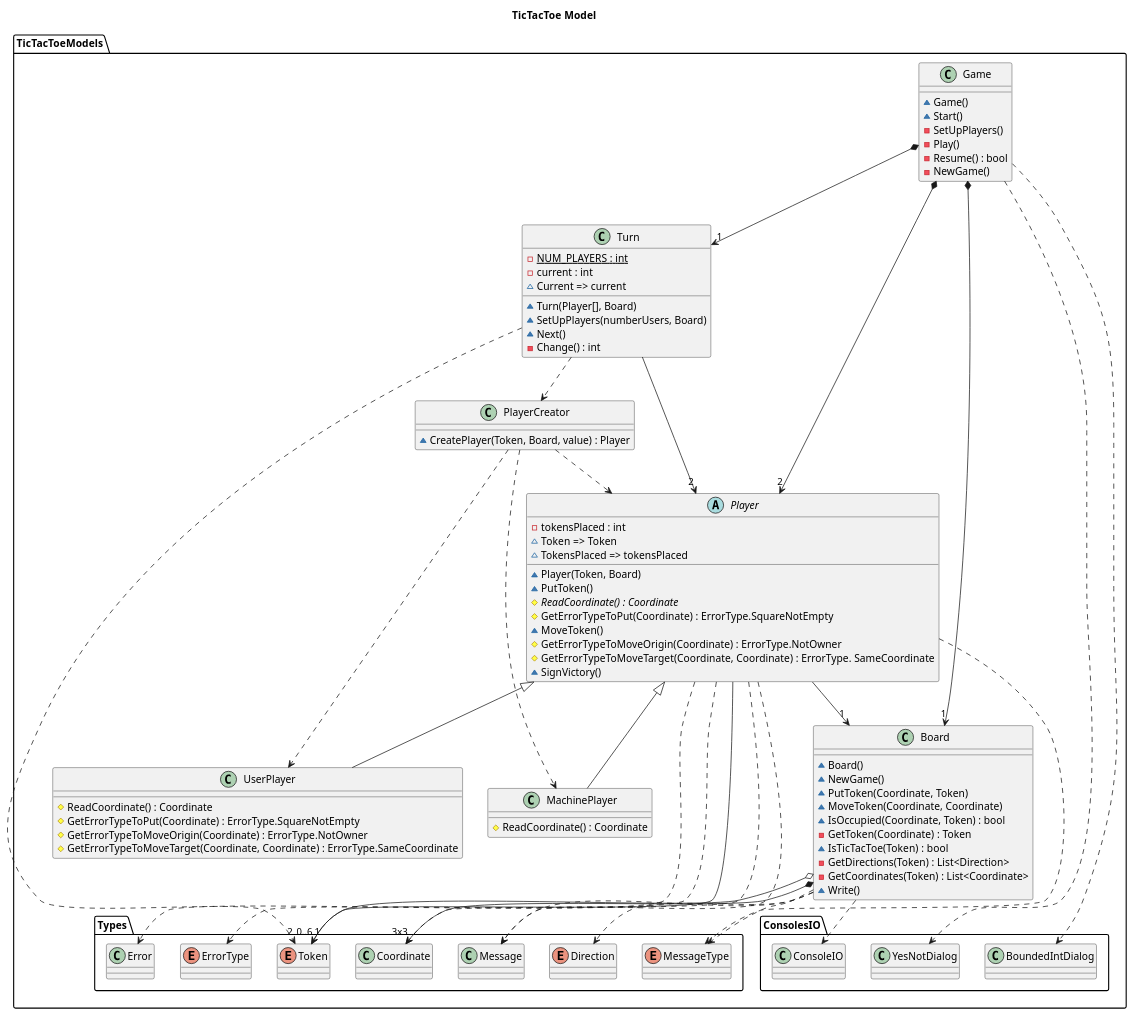
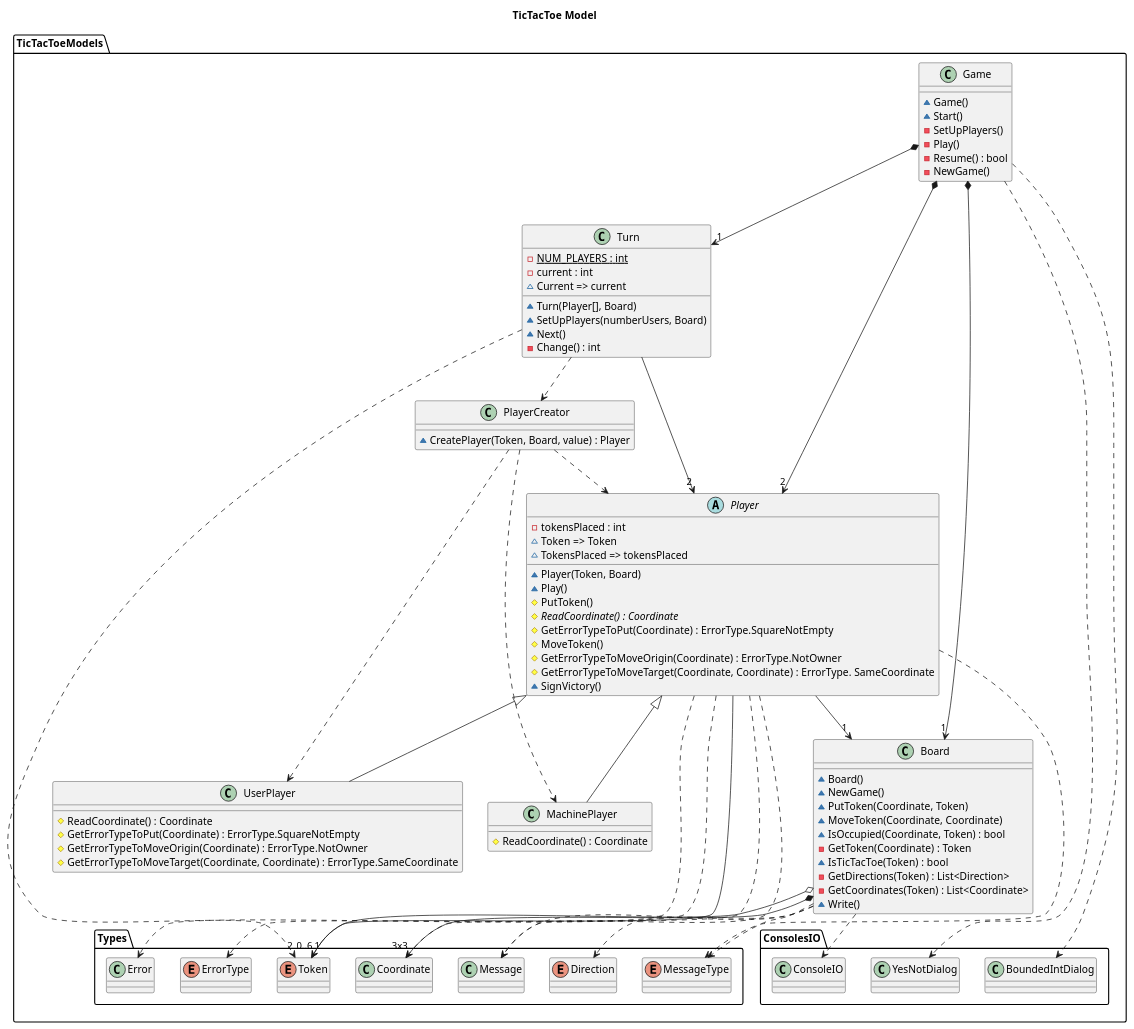
One commit to franpaulinoinfante/MasterSoftwareDevelopment changed the diagram in src/TicTacToe/DomainModel/Machine/Docs/TicTacToeAnalysisModels.plantuml. Above: the diagram before and after it, drawn with PlantUML.

```diff
--- a/src/TicTacToe/DomainModel/Machine/Docs/TicTacToeAnalysisModels.plantuml
+++ b/src/TicTacToe/DomainModel/Machine/Docs/TicTacToeAnalysisModels.plantuml
@@ -1,100 +1,101 @@
 @startuml TicTacToeAnalysisWithPolimorfismoModels
 title TicTacToe Model
 namespace TicTacToeModels{
     class Game{
         ~Game()
         ~Start()
         -SetUpPlayers()
         -Play()
         -Resume() : bool
         -NewGame()
     }
     Game *--> "1" Turn
     Game *--> "2" Player
     Game *--> "1" Board
     Game ..> ConsolesIO.YesNotDialog
     Game ..> ConsolesIO.BoundedIntDialog
 
     class Turn{
         -{static} NUM_PLAYERS : int
         -current : int
         ~Turn(Player[], Board)
         ~Current => current
         ~SetUpPlayers(numberUsers, Board)
         ~Next()
         -Change() : int
     }
     Turn --> "2" Player
     Turn ..> PlayerCreator
     Turn ..> "2" Types.Token
 
     class PlayerCreator{
         ~CreatePlayer(Token, Board, value) : Player
     }
     PlayerCreator ..> Player
     PlayerCreator ..> UserPlayer
     PlayerCreator ..> MachinePlayer
 
     abstract Player{
         -tokensPlaced : int
         ~Token => Token
         ~TokensPlaced => tokensPlaced
         ~Player(Token, Board)
-        ~PutToken()
+        ~Play()
+        #PutToken()
         #{abstract} ReadCoordinate() : Coordinate
         #GetErrorTypeToPut(Coordinate) : ErrorType.SquareNotEmpty
-        ~MoveToken()
+        #MoveToken()
         #GetErrorTypeToMoveOrigin(Coordinate) : ErrorType.NotOwner
         #GetErrorTypeToMoveTarget(Coordinate, Coordinate) : ErrorType. SameCoordinate
         ~SignVictory()
     }
     Player <|-- UserPlayer
     Player <|-- MachinePlayer
     Player --> "1" Types.Token
     Player --> "1" Board
     Player ..> Types.Coordinate
     Player ..> Types.Message
     Player ..> Types.MessageType
     Player ..> Types.Error
     Player ..> Types.ErrorType
 
     class UserPlayer{
         #ReadCoordinate() : Coordinate
         #GetErrorTypeToPut(Coordinate) : ErrorType.SquareNotEmpty
         #GetErrorTypeToMoveOrigin(Coordinate) : ErrorType.NotOwner
         #GetErrorTypeToMoveTarget(Coordinate, Coordinate) : ErrorType.SameCoordinate
     }
 
     class MachinePlayer{
         #ReadCoordinate() : Coordinate
     }
 
     class Board{
         ~Board()
         ~NewGame()
         ~PutToken(Coordinate, Token)
         ~MoveToken(Coordinate, Coordinate)
         ~IsOccupied(Coordinate, Token) : bool
         -GetToken(Coordinate) : Token
         ~IsTicTacToe(Token) : bool
         -GetDirections(Token) : List<Direction>
         -GetCoordinates(Token) : List<Coordinate>
         ~Write()
     }
     Board o--> "0..6" Types.Token
     Board *--> "3x3" Types.Coordinate
     Board ..> Types.Direction
     Board ..> Types.Message
     Board ..> Types.MessageType
     Board ..> ConsolesIO.ConsoleIO
 
     class ConsolesIO.ConsoleIO
     class ConsolesIO.YesNotDialog
     class ConsolesIO.BoundedIntDialog
 
     enum Types.Token{}
     enum Types.MessageType{}
     enum Types.Direction{}
     enum Types.ErrorType{}
 }
 @enduml
```
